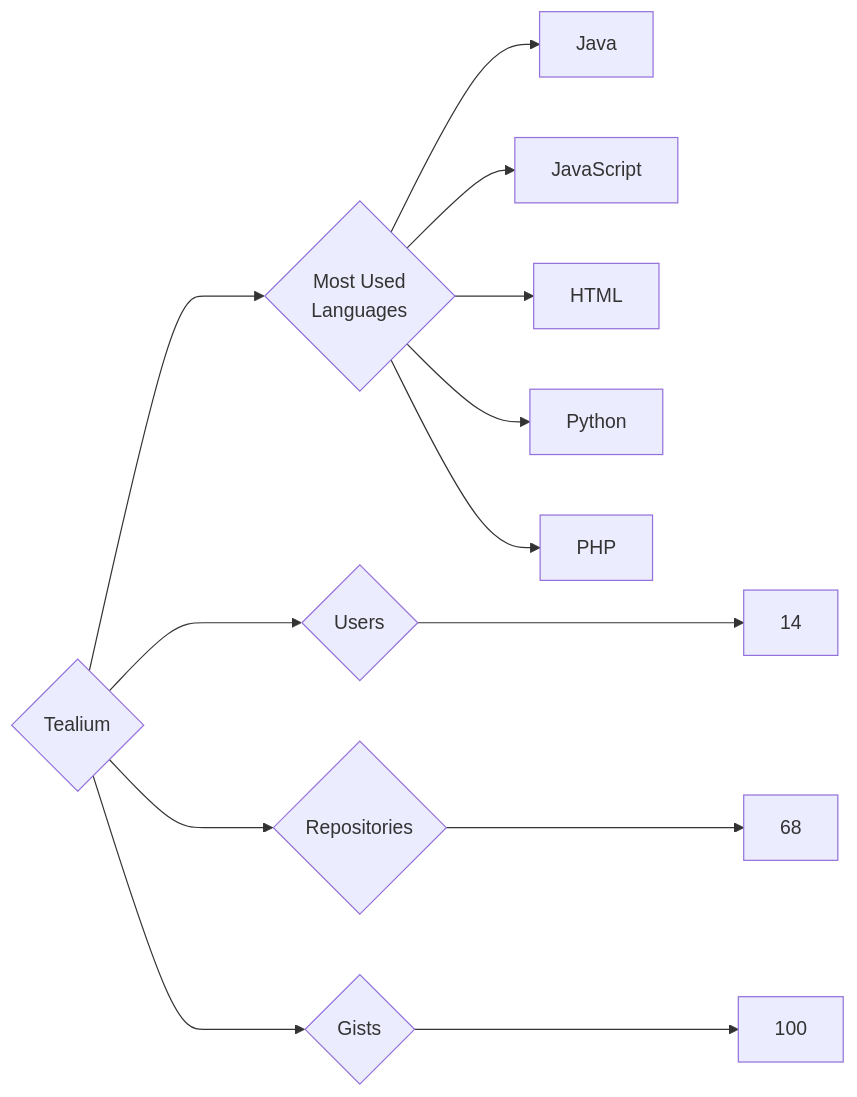
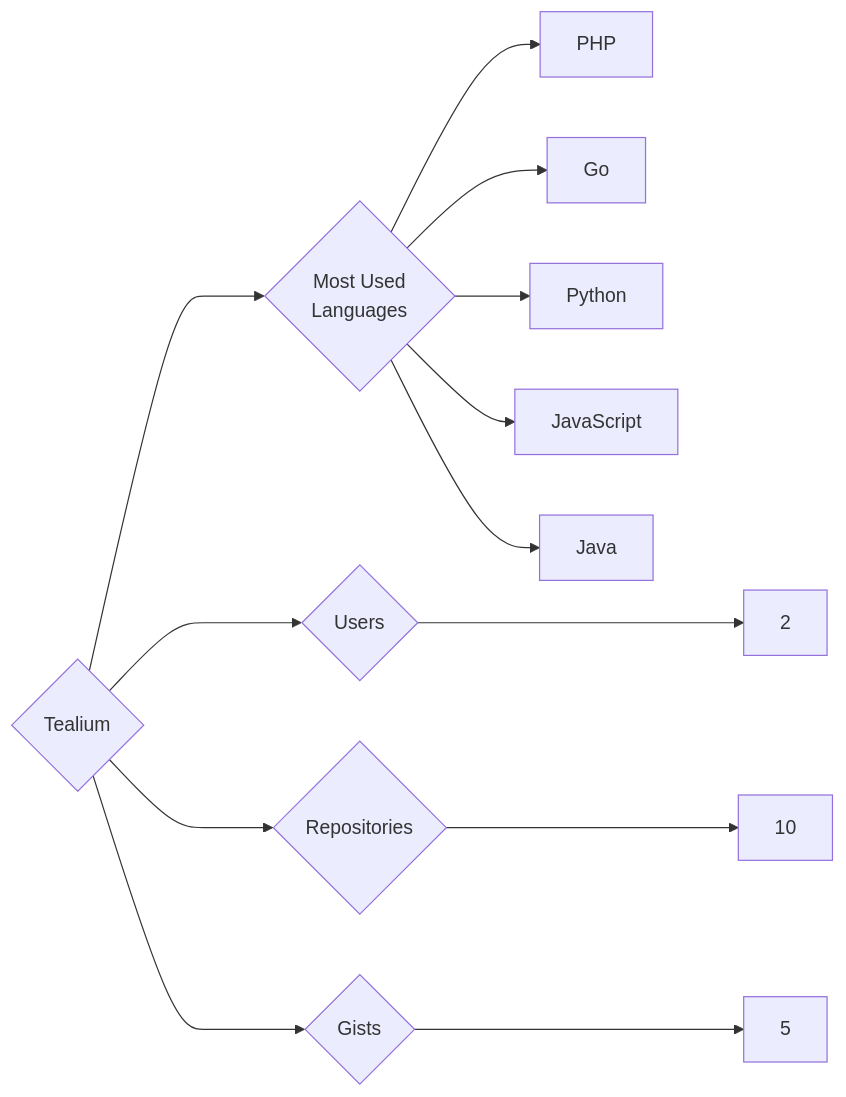
The diagram in targets/Tealium/README.md (trickest/insiders), drawn with Mermaid before and after one commit. The commit also changed 912 other files, not shown here.

````diff
--- a/targets/Tealium/README.md
+++ b/targets/Tealium/README.md
@@ -3,13 +3,13 @@
 ```mermaid
 graph LR
 COMPANY_NAME{Tealium}
-COMPANY_NAME ---> U{Users} ---> UN[14]
-COMPANY_NAME ---> R{Repositories} ---> RN[68]
-COMPANY_NAME ---> G{Gists} ---> GN[100]
+COMPANY_NAME ---> U{Users} ---> UN[2]
+COMPANY_NAME ---> R{Repositories} ---> RN[10]
+COMPANY_NAME ---> G{Gists} ---> GN[5]
 COMPANY_NAME ---> ML{Most Used<br>Languages}
+ML --> PHP[PHP]
+ML --> Go[Go]
+ML --> Python[Python]
+ML --> JavaScript[JavaScript]
 ML --> Java[Java]
-ML --> JavaScript[JavaScript]
-ML --> HTML[HTML]
-ML --> Python[Python]
-ML --> PHP[PHP]
 ```
````
